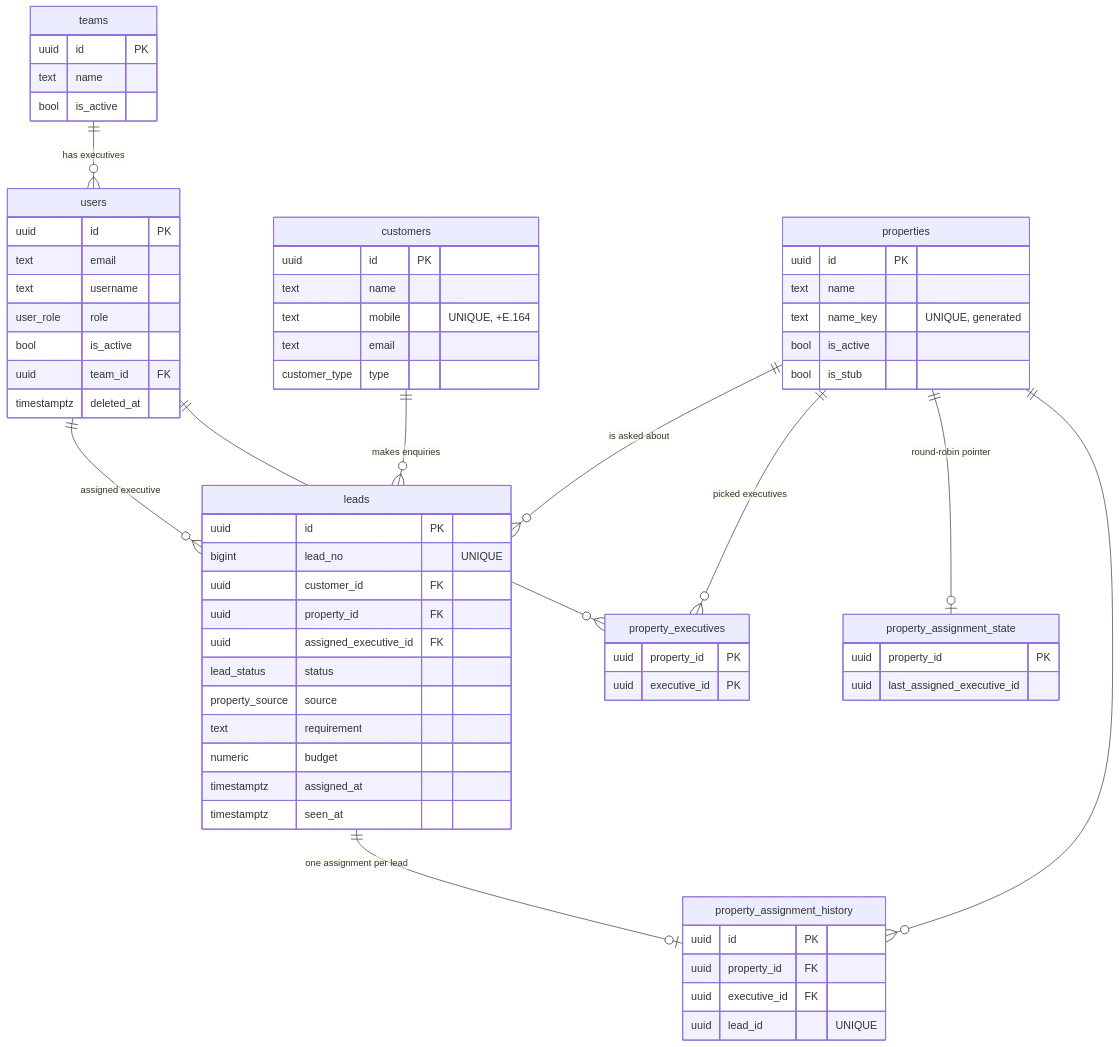
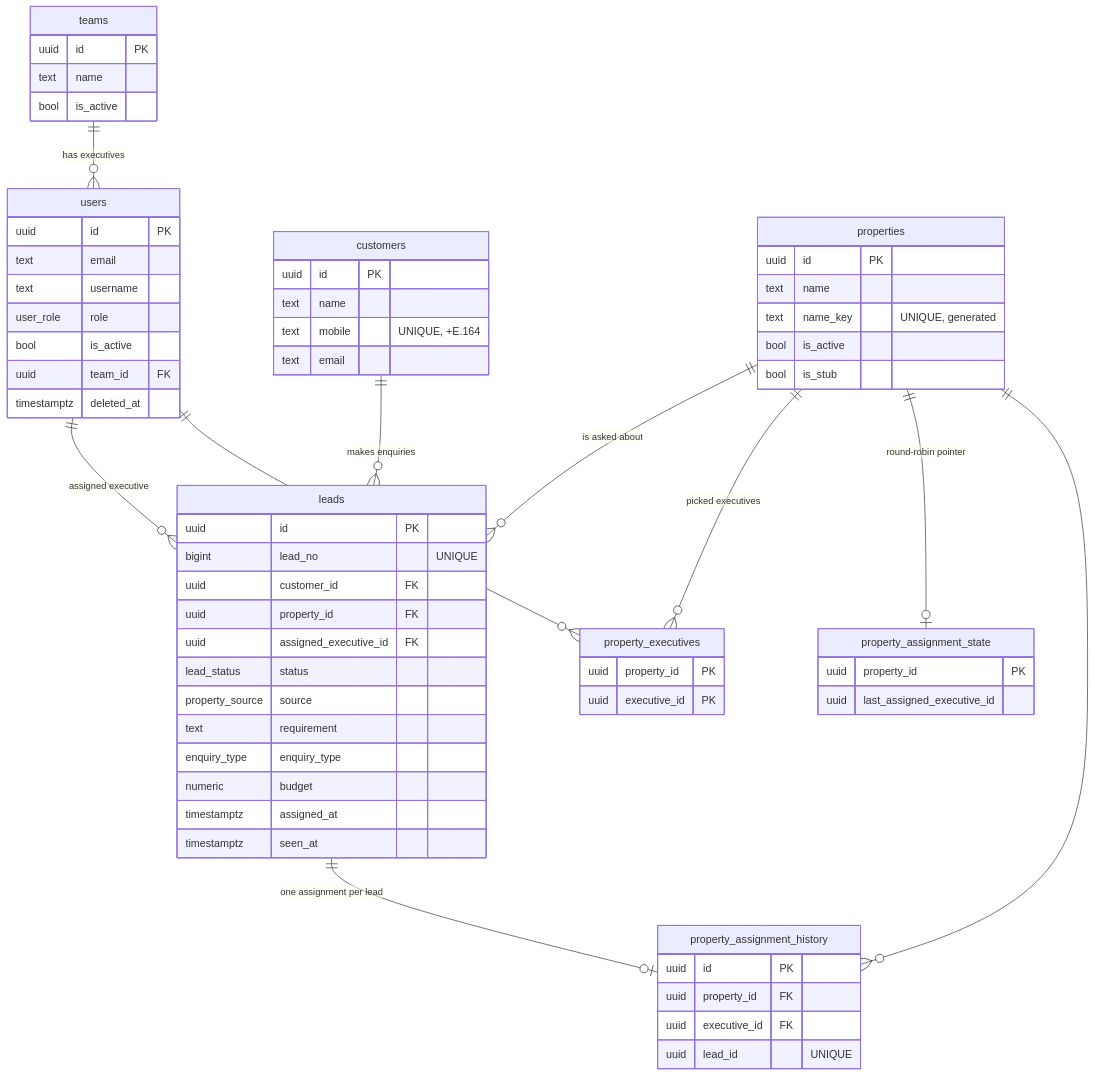
One commit to Dhruv942/reality-dewise changed the diagram in docs/ARCHITECTURE.md. Above: the diagram before and after it, drawn with Mermaid. The commit also changed 9 other files, not shown here.

````diff
--- a/docs/ARCHITECTURE.md
+++ b/docs/ARCHITECTURE.md
@@ -47,21 +47,21 @@
 ```mermaid
 erDiagram
   teams ||--o{ users : "has executives"
   customers ||--o{ leads : "makes enquiries"
   properties ||--o{ leads : "is asked about"
   users ||--o{ leads : "assigned executive"
   properties ||--o{ property_executives : "picked executives"
   users ||--o{ property_executives : ""
   properties ||--o| property_assignment_state : "round-robin pointer"
   properties ||--o{ property_assignment_history : ""
   leads ||--o| property_assignment_history : "one assignment per lead"
 
   users { uuid id PK  text email  text username  user_role role  bool is_active  uuid team_id FK  timestamptz deleted_at }
   teams { uuid id PK  text name  bool is_active }
-  customers { uuid id PK  text name  text mobile "UNIQUE, +E.164"  text email  customer_type type }
+  customers { uuid id PK  text name  text mobile "UNIQUE, +E.164"  text email }
   properties { uuid id PK  text name  text name_key "UNIQUE, generated"  bool is_active  bool is_stub }
   property_executives { uuid property_id PK  uuid executive_id PK }
   property_assignment_state { uuid property_id PK  uuid last_assigned_executive_id }
   property_assignment_history { uuid id PK  uuid property_id FK  uuid executive_id FK  uuid lead_id "UNIQUE" }
-  leads { uuid id PK  bigint lead_no "UNIQUE"  uuid customer_id FK  uuid property_id FK  uuid assigned_executive_id FK  lead_status status  property_source source  text requirement  numeric budget  timestamptz assigned_at  timestamptz seen_at }
+  leads { uuid id PK  bigint lead_no "UNIQUE"  uuid customer_id FK  uuid property_id FK  uuid assigned_executive_id FK  lead_status status  property_source source  text requirement  enquiry_type enquiry_type  numeric budget  timestamptz assigned_at  timestamptz seen_at }
 ```
````
